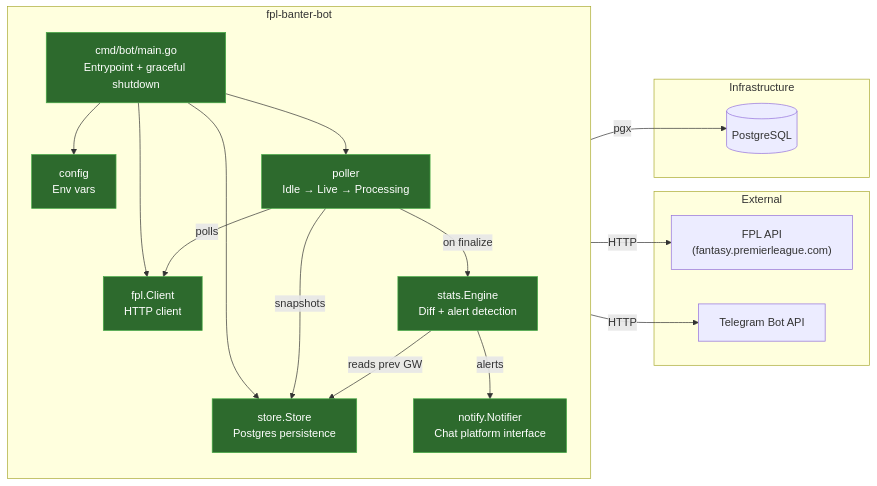
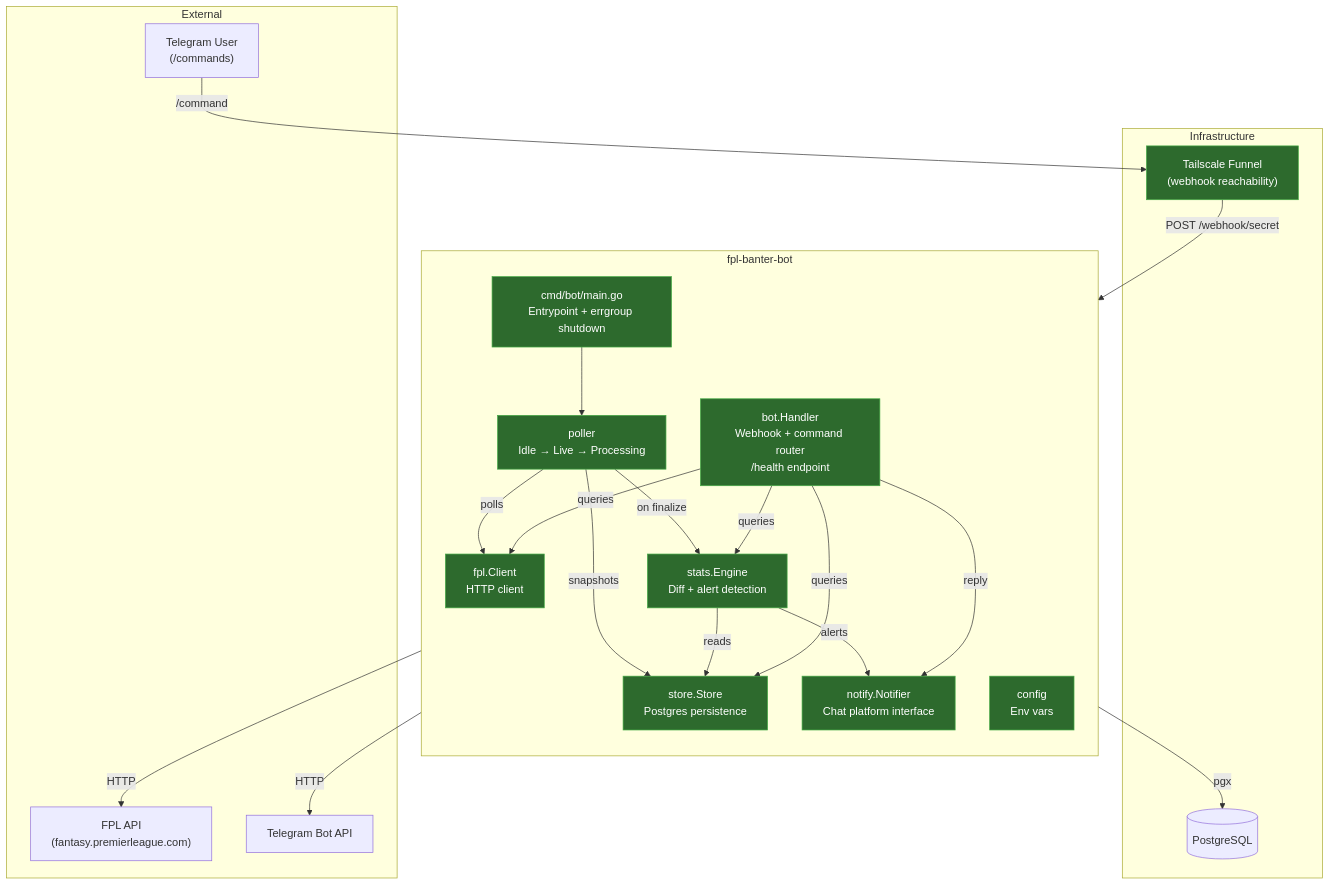
One commit to chrislonge/fpl-banter-bot changed the diagram in README.md. Above: the diagram before and after it, drawn with Mermaid. The commit also changed other lines of this file and 17 other files, not shown here.

First line of the commit message:
Implement Phase 1.7: Bot server, webhook handler, and reactive commands (#10)

````diff
--- a/README.md
+++ b/README.md
@@ -21,43 +28,54 @@
 ```mermaid
-flowchart LR
+flowchart TB
     subgraph External
         FPL["FPL API\n(fantasy.premierleague.com)"]
         TG["Telegram Bot API"]
+        USER["Telegram User\n(/commands)"]
     end
 
     subgraph "fpl-banter-bot"
         direction TB
-        MAIN["cmd/bot/main.go\nEntrypoint + graceful shutdown"]
+        MAIN["cmd/bot/main.go\nEntrypoint + errgroup shutdown"]
         CONFIG["config\nEnv vars"]
         CLIENT["fpl.Client\nHTTP client"]
         STORE["store.Store\nPostgres persistence"]
         POLLER["poller\nIdle → Live → Processing"]
         STATS["stats.Engine\nDiff + alert detection"]
         NOTIFY["notify.Notifier\nChat platform interface"]
+        BOT["bot.Handler\nWebhook + command router\n/health endpoint"]
     end
 
     subgraph Infrastructure
         PG[("PostgreSQL")]
+        TUNNEL["Tailscale Funnel\n(webhook reachability)"]
     end
 
-    MAIN --> CONFIG
-    MAIN --> CLIENT
-    MAIN --> STORE
+    %% Proactive path
     MAIN --> POLLER
     POLLER -- "polls" --> CLIENT
     CLIENT -- "HTTP" --> FPL
     POLLER -- "snapshots" --> STORE
     STORE -- "pgx" --> PG
     POLLER -- "on finalize" --> STATS
-    STATS -- "reads prev GW" --> STORE
+    STATS -- "reads" --> STORE
     STATS -- "alerts" --> NOTIFY
     NOTIFY -- "HTTP" --> TG
+
+    %% Reactive path
+    USER -- "/command" --> TUNNEL
+    TUNNEL -- "POST /webhook/secret" --> BOT
+    BOT -- "queries" --> STATS
+    BOT -- "queries" --> STORE
+    BOT -- "queries" --> CLIENT
+    BOT -- "reply" --> NOTIFY
 
     style CONFIG fill:#2d6a2d,stroke:#4a4,color:#fff
     style CLIENT fill:#2d6a2d,stroke:#4a4,color:#fff
     style STORE fill:#2d6a2d,stroke:#4a4,color:#fff
     style MAIN fill:#2d6a2d,stroke:#4a4,color:#fff
     style POLLER fill:#2d6a2d,stroke:#4a4,color:#fff
     style STATS fill:#2d6a2d,stroke:#4a4,color:#fff
     style NOTIFY fill:#2d6a2d,stroke:#4a4,color:#fff
+    style BOT fill:#2d6a2d,stroke:#4a4,color:#fff
+    style TUNNEL fill:#2d6a2d,stroke:#4a4,color:#fff
 ```
````
